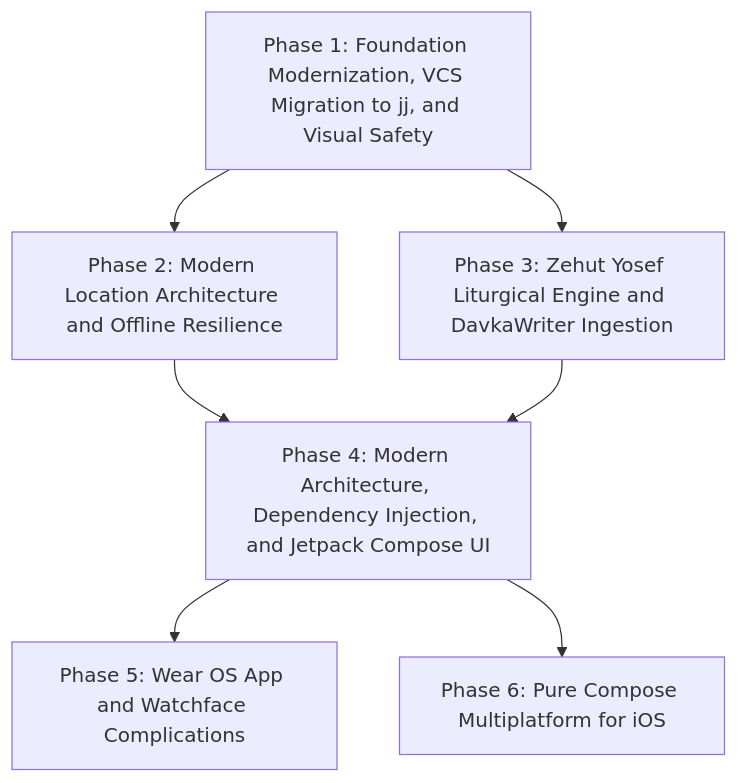
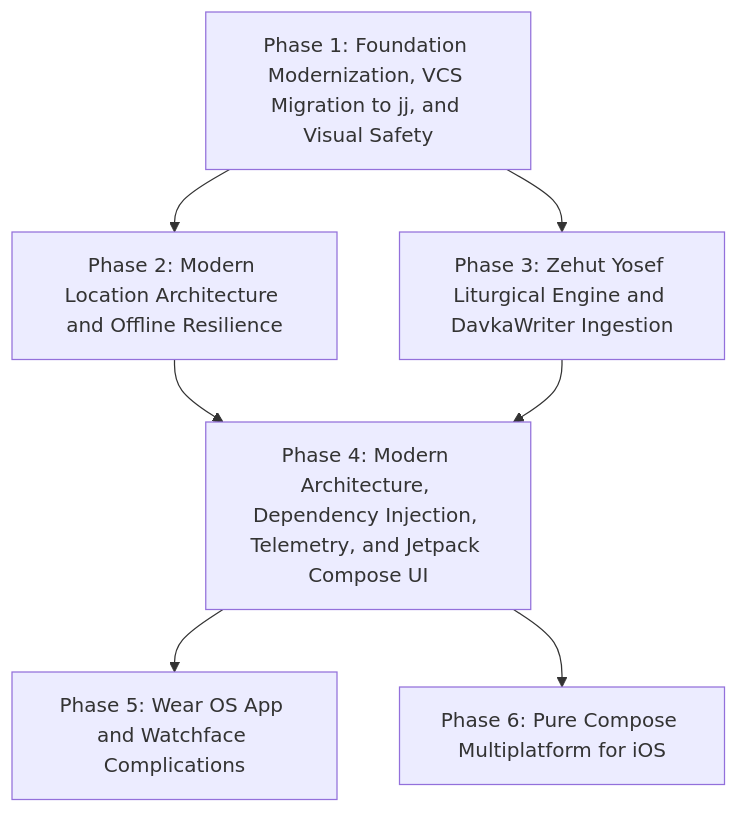
One commit to jgindin/zmanim changed the first of 7 diagrams in docs/superpowers/specs/master-roadmap.md. Above: the diagram before and after it, drawn with Mermaid. The commit also changed other lines of this file and 2 other files, not shown here.

Commit message:
Update Phase 1 spec, plan, and master roadmap with Play Store delivery and telemetry

````diff
--- a/docs/superpowers/specs/master-roadmap.md
+++ b/docs/superpowers/specs/master-roadmap.md
@@ -26,16 +28,16 @@
 ```mermaid
 flowchart TD
     P1["Phase 1: Foundation Modernization, VCS Migration to jj, and Visual Safety"]
     P2["Phase 2: Modern Location Architecture and Offline Resilience"]
     P3["Phase 3: Zehut Yosef Liturgical Engine and DavkaWriter Ingestion"]
-    P4["Phase 4: Modern Architecture, Dependency Injection, and Jetpack Compose UI"]
+    P4["Phase 4: Modern Architecture, Dependency Injection, Telemetry, and Jetpack Compose UI"]
     P5["Phase 5: Wear OS App and Watchface Complications"]
     P6["Phase 6: Pure Compose Multiplatform for iOS"]
 
     P1 --> P2
     P1 --> P3
     P2 --> P4
     P3 --> P4
     P4 --> P5
     P4 --> P6
 ```
````
